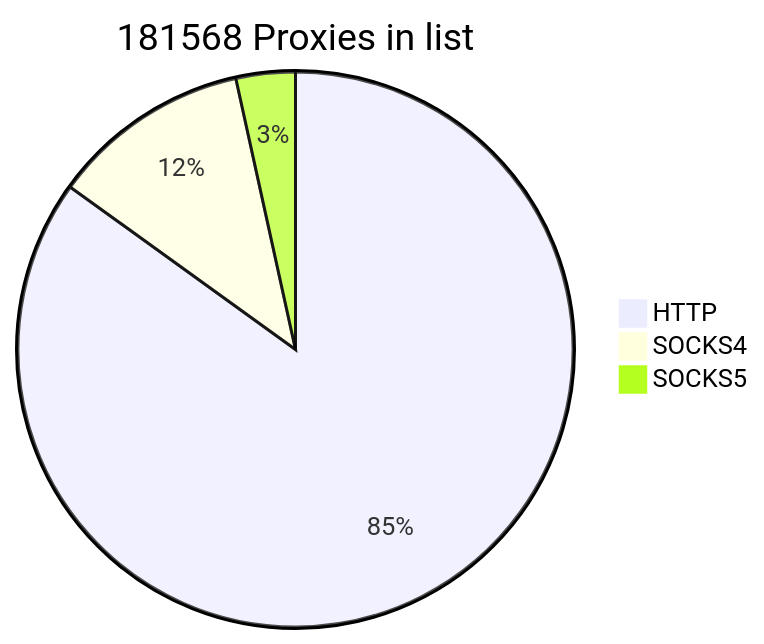
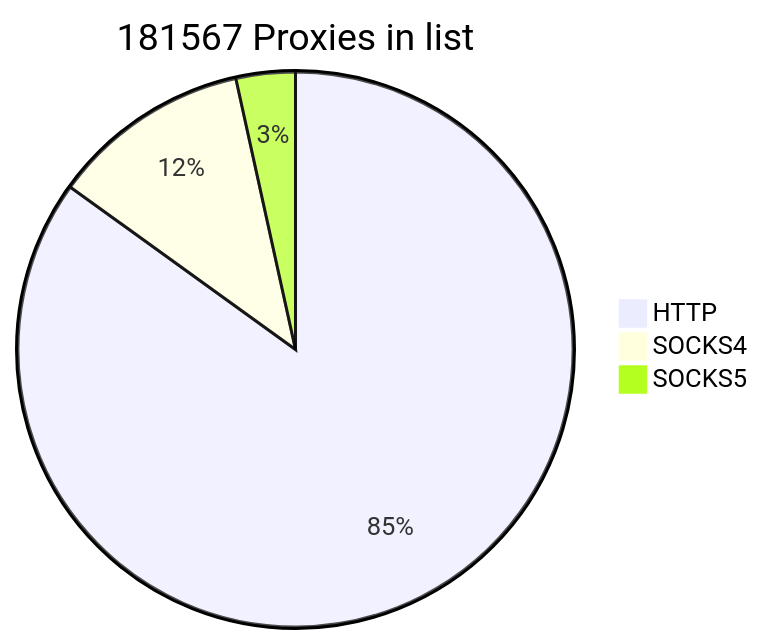
One commit to cutipu/proxylist changed the first of 2 diagrams in README.md. Above: the diagram before and after it, drawn with Mermaid. The commit also changed other lines of this file, not shown here.

````diff
--- a/README.md
+++ b/README.md
@@ -2,7 +2,7 @@
 ```mermaid
-pie title 181568 Proxies in list
-    "HTTP" : 154227
-    "SOCKS4" : 21080
-    "SOCKS5" : 6261
+pie title 181567 Proxies in list
+    "HTTP" : 154228
+    "SOCKS4" : 21079
+    "SOCKS5" : 6260
             
 ```
````
